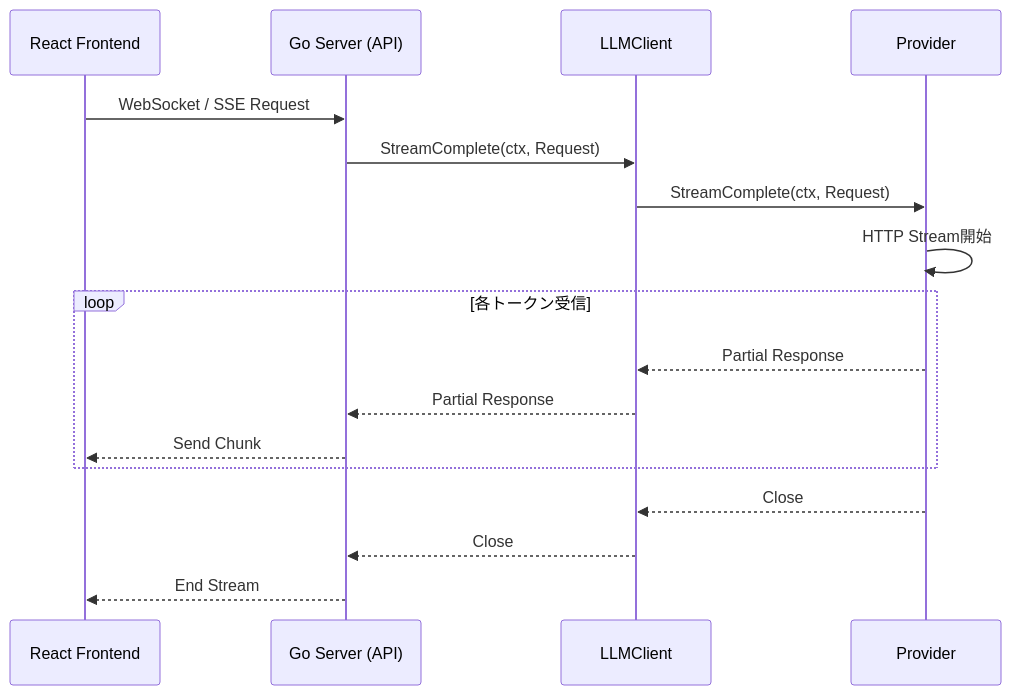
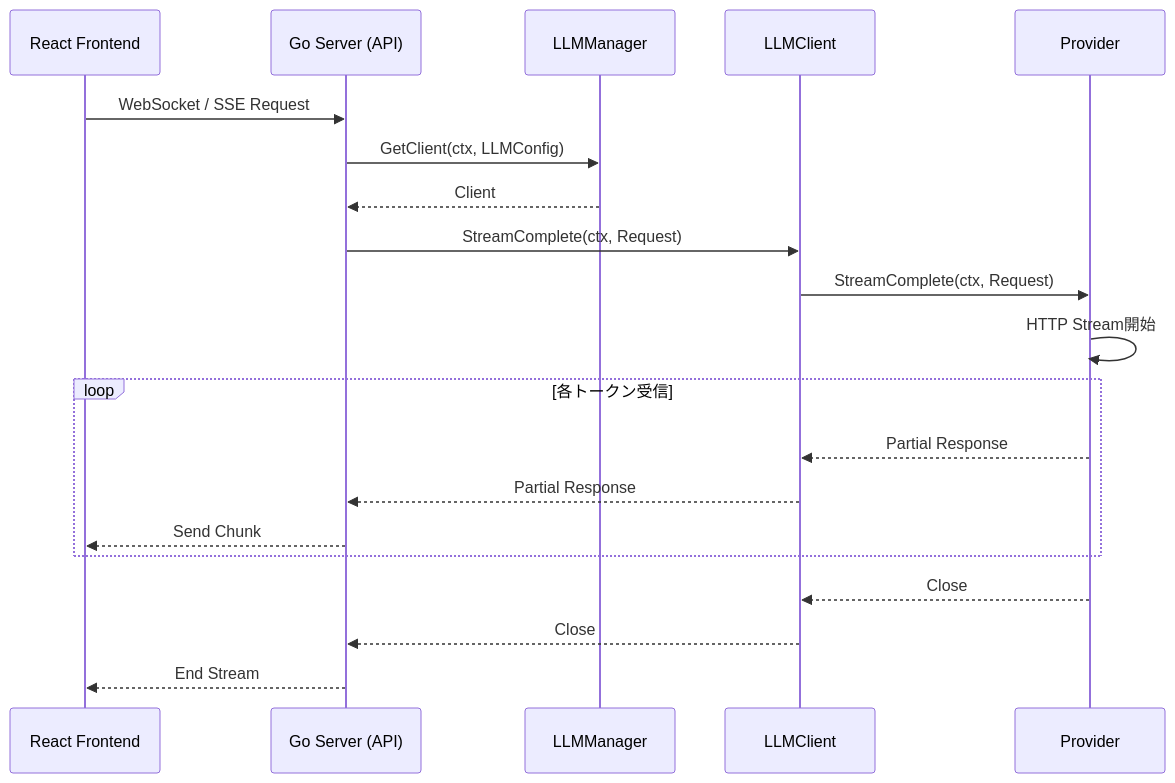
Before and after one commit to ishibata91/ai-translation-engine-2: the third of 3 diagrams in openspec/specs/LLMClient/llm_client_sequence_diagram.md, drawn with Mermaid. The commit also changed other lines of this file and 3 other files, not shown here.

````diff
--- a/openspec/specs/LLMClient/llm_client_sequence_diagram.md
+++ b/openspec/specs/LLMClient/llm_client_sequence_diagram.md
@@ -64,20 +70,23 @@
 ```mermaid
 sequenceDiagram
     participant UI as React Frontend
     participant Srv as Go Server (API)
+    participant Manager as LLMManager
     participant Client as LLMClient
     participant Provider as Provider
 
     UI->>Srv: WebSocket / SSE Request
+    Srv->>Manager: GetClient(ctx, LLMConfig)
+    Manager-->>Srv: Client
     Srv->>Client: StreamComplete(ctx, Request)
     Client->>Provider: StreamComplete(ctx, Request)
     Provider->>Provider: HTTP Stream開始
     loop 各トークン受信
         Provider-->>Client: Partial Response
         Client-->>Srv: Partial Response
         Srv-->>UI: Send Chunk
     end
     Provider-->>Client: Close
     Client-->>Srv: Close
     Srv-->>UI: End Stream
 ```
````
